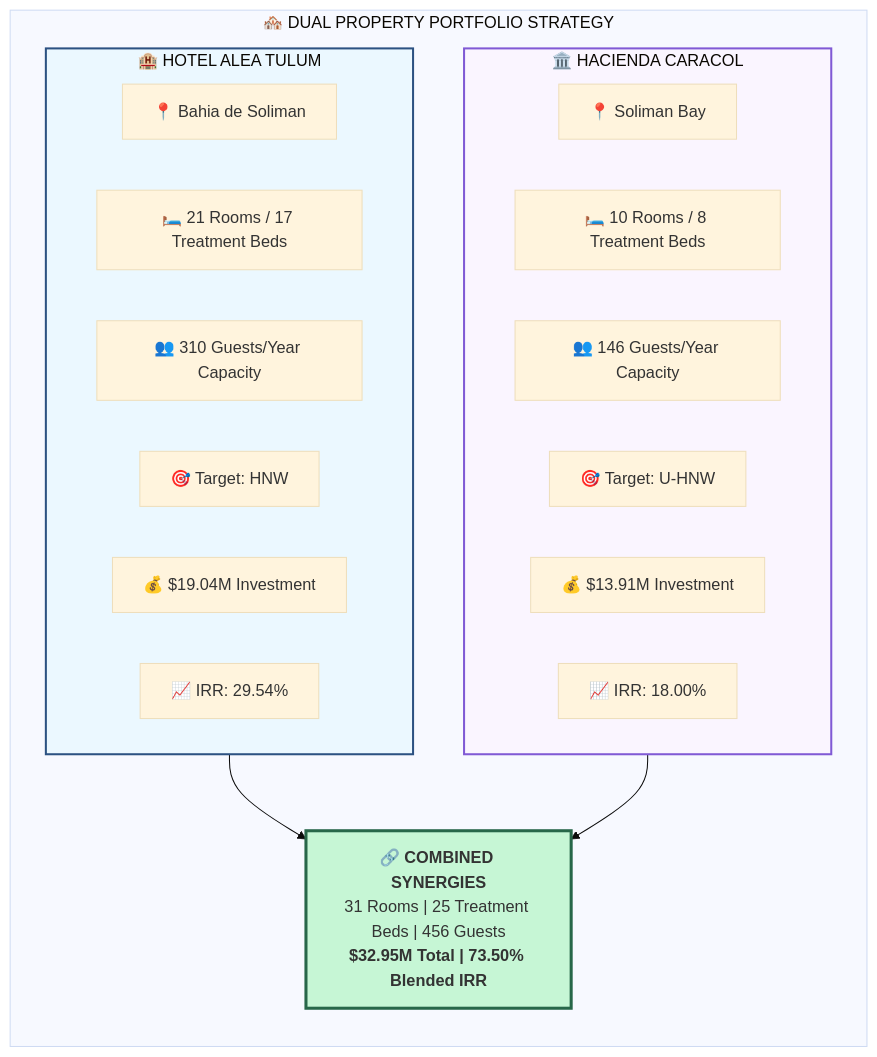
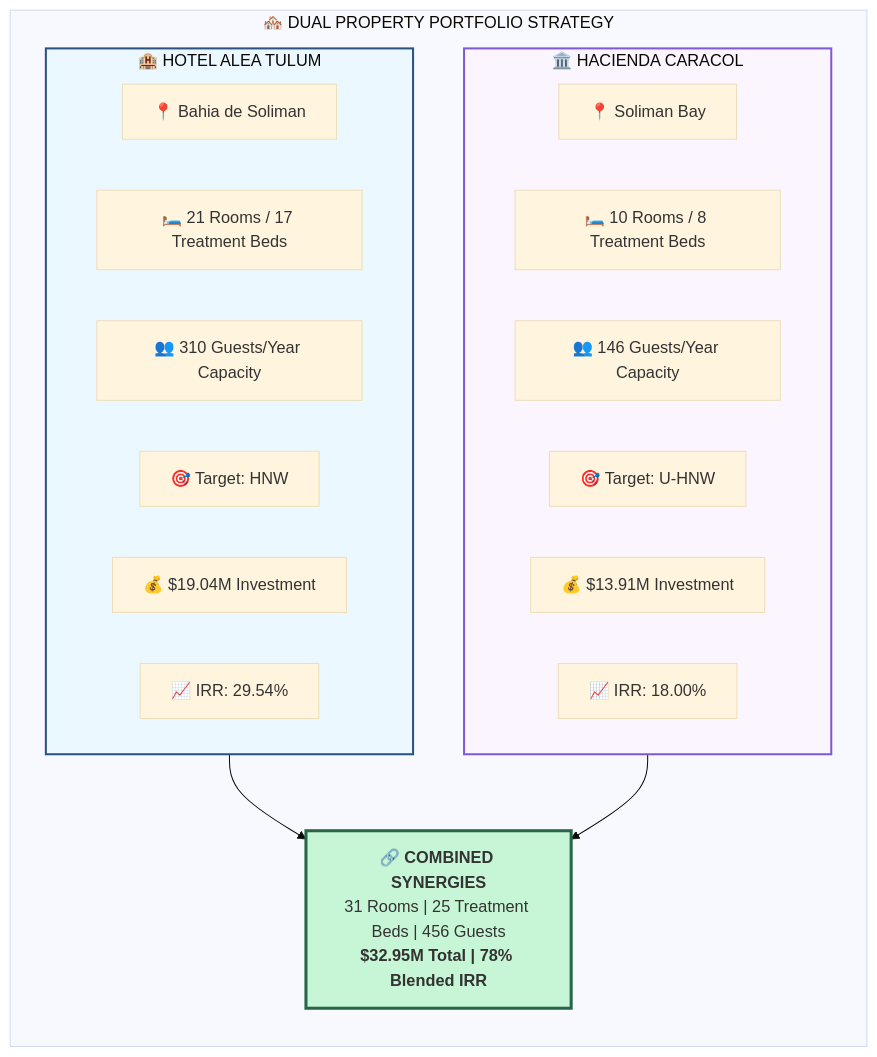
One commit to Light-Brands/epic-center changed the seventh of 41 diagrams in docs/pitch-packet/AI_VALUATION_REPORT_VISUAL.md. Above: the diagram before and after it, drawn with Mermaid. The commit also changed other lines of this file and 27 other files, not shown here.

````diff
--- a/docs/pitch-packet/AI_VALUATION_REPORT_VISUAL.md
+++ b/docs/pitch-packet/AI_VALUATION_REPORT_VISUAL.md
@@ -280,34 +280,34 @@
 ```mermaid
 %%{init: {'theme': 'base'}}%%
 flowchart TB
     subgraph PORTFOLIO["🏘️ DUAL PROPERTY PORTFOLIO STRATEGY"]
         direction TB
 
         subgraph ALEA["🏨 HOTEL ALEA TULUM"]
             A1["📍 Bahia de Soliman"]
             A2["🛏️ 21 Rooms / 17 Treatment Beds"]
             A3["👥 310 Guests/Year Capacity"]
             A4["🎯 Target: HNW"]
             A5["💰 $19.04M Investment"]
             A6["📈 IRR: 29.54%"]
         end
 
         subgraph CARACOL["🏛️ HACIENDA CARACOL"]
             C1["📍 Soliman Bay"]
             C2["🛏️ 10 Rooms / 8 Treatment Beds"]
             C3["👥 146 Guests/Year Capacity"]
             C4["🎯 Target: U-HNW"]
             C5["💰 $13.91M Investment"]
             C6["📈 IRR: 18.00%"]
         end
 
         ALEA --> SYNERGY
         CARACOL --> SYNERGY
 
-        SYNERGY["🔗 <b>COMBINED SYNERGIES</b><br/>31 Rooms | 25 Treatment Beds | 456 Guests<br/><b>$32.95M Total | 73.50% Blended IRR</b>"]
+        SYNERGY["🔗 <b>COMBINED SYNERGIES</b><br/>31 Rooms | 25 Treatment Beds | 456 Guests<br/><b>$32.95M Total | 78% Blended IRR</b>"]
     end
 
     style ALEA fill:#ebf8ff,stroke:#2c5282,stroke-width:2px
     style CARACOL fill:#faf5ff,stroke:#805ad5,stroke-width:2px
     style SYNERGY fill:#c6f6d5,stroke:#276749,stroke-width:3px
 ```
````
